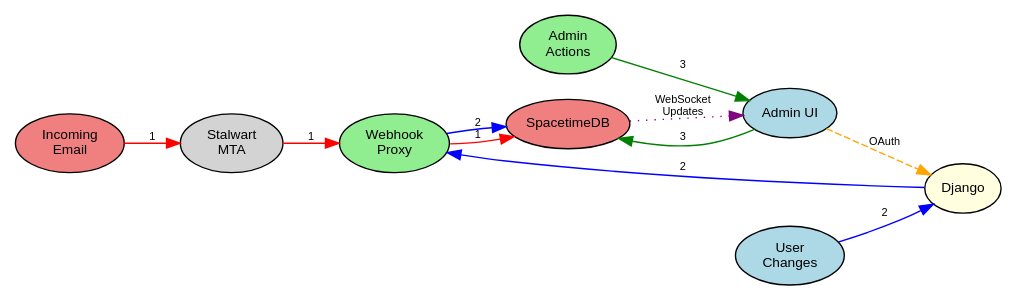
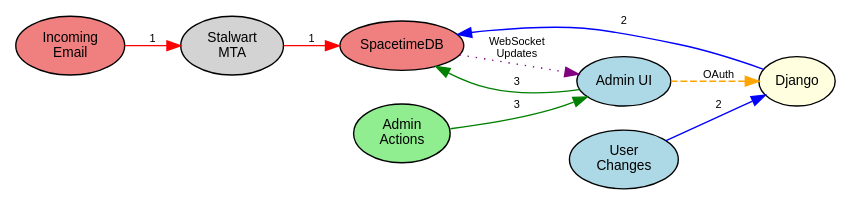
Before and after one commit to enaut/kommunikationszentrum: the second of 3 diagrams in docs/src/core/architecture.md, drawn with Graphviz. The commit also changed other lines of this file and 64 other files, not shown here.

Commit message:
remove the webhook-proxy and use a spacetime embedded http handler instead to reduce complexity

````diff
--- a/docs/src/core/architecture.md
+++ b/docs/src/core/architecture.md
@@ -55,33 +52,32 @@
 ```dot process
 digraph data_flow {
     // Graph settings
     rankdir=LR;
     node [shape=ellipse, fontname="Arial", fontsize=10, style=filled];
     edge [fontname="Arial", fontsize=8];
-    
+
     // Data sources
     incoming_email [label="Incoming\nEmail", fillcolor=lightcoral];
     user_changes [label="User\nChanges", fillcolor=lightblue];
     admin_actions [label="Admin\nActions", fillcolor=lightgreen];
-    
+
     // Processing components
     stalwart_mta [label="Stalwart\nMTA", fillcolor=lightgray];
-    webhook_proxy [label="Webhook\nProxy", fillcolor=lightgreen];
     spacetimedb [label="SpacetimeDB", fillcolor=lightcoral];
     admin_ui [label="Admin UI", fillcolor=lightblue];
     django [label="Django", fillcolor=lightyellow];
-    
+
     // Flow 1: Email Processing
-    incoming_email -> stalwart_mta -> webhook_proxy -> spacetimedb [label="1", color=red];
-    
+    incoming_email -> stalwart_mta -> spacetimedb [label="1", color=red];
+
     // Flow 2: User Management
-    user_changes -> django -> webhook_proxy -> spacetimedb [label="2", color=blue];
-    
+    user_changes -> django -> spacetimedb [label="2", color=blue];
+
     // Flow 3: Admin Interface
     admin_actions -> admin_ui -> spacetimedb [label="3", color=green];
     admin_ui -> django [label="OAuth", color=orange, style=dashed];
-    
+
     // Real-time updates
     spacetimedb -> admin_ui [label="WebSocket\nUpdates", color=purple, style=dotted];
 }
 ```
````
